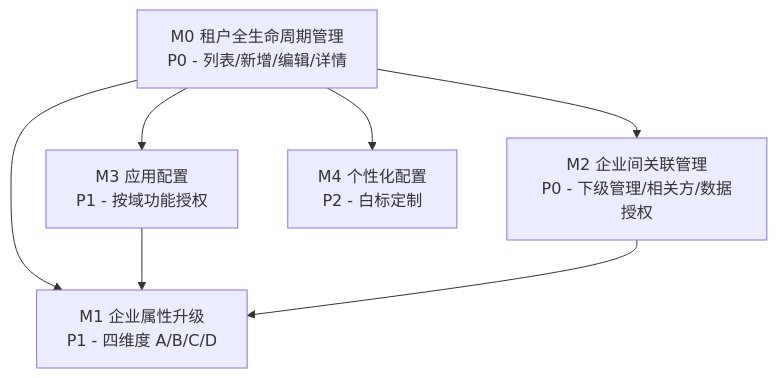
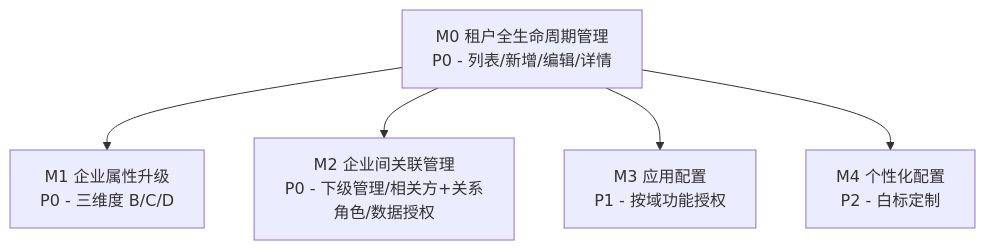
The diagram in docs/租户管理/module-plan.md (LiSunny/SaaS_Demo), drawn with Mermaid before and after one commit. The commit also changed other lines of this file and 47 other files, not shown here.

````diff
--- a/docs/租户管理/module-plan.md
+++ b/docs/租户管理/module-plan.md
@@ -136,15 +137,13 @@
 ```mermaid
 graph TD
     M0[ M0 租户全生命周期管理<br/>P0 - 列表/新增/编辑/详情 ]
-    M1[ M1 企业属性升级<br/>P1 - 四维度 A/B/C/D ]
-    M2[ M2 企业间关联管理<br/>P0 - 下级管理/相关方/数据授权 ]
+    M1[ M1 企业属性升级<br/>P0 - 三维度 B/C/D ]
+    M2[ M2 企业间关联管理<br/>P0 - 下级管理/相关方+关系角色/数据授权 ]
     M3[ M3 应用配置<br/>P1 - 按域功能授权 ]
     M4[ M4 个性化配置<br/>P2 - 白标定制 ]
 
     M0 --> M1
     M0 --> M2
     M0 --> M3
     M0 --> M4
-    M3 --> M1
-    M2 --> M1
 ```
````
